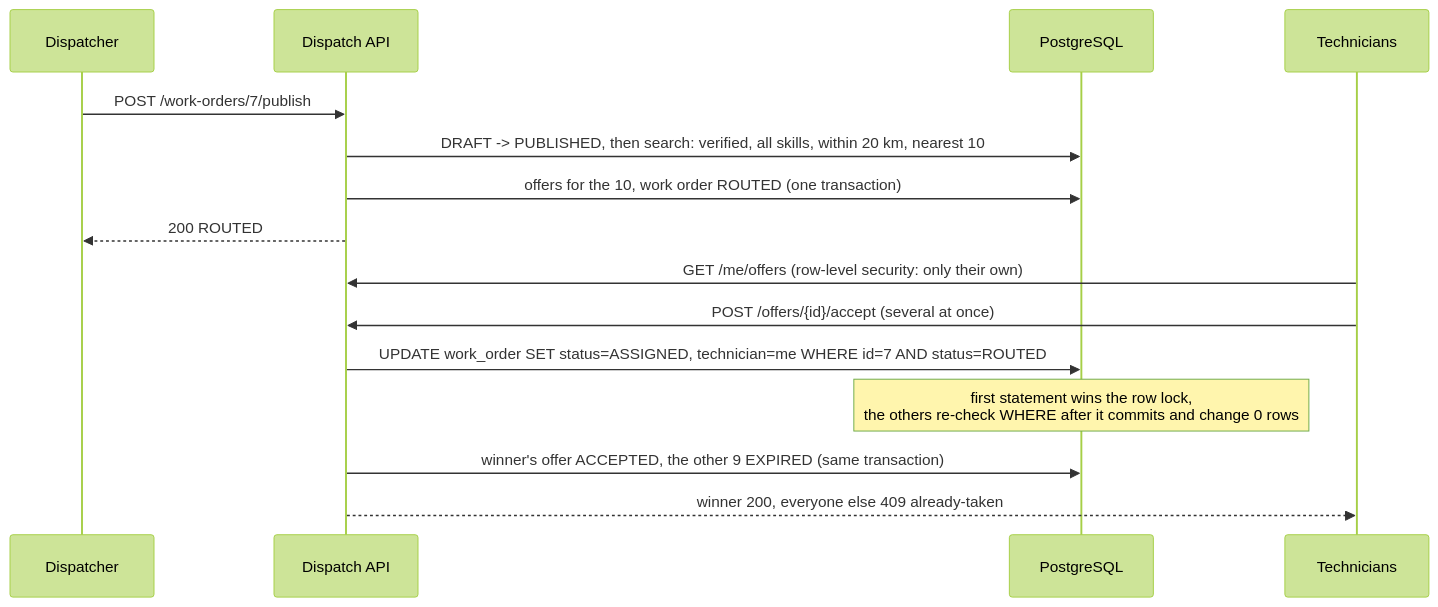
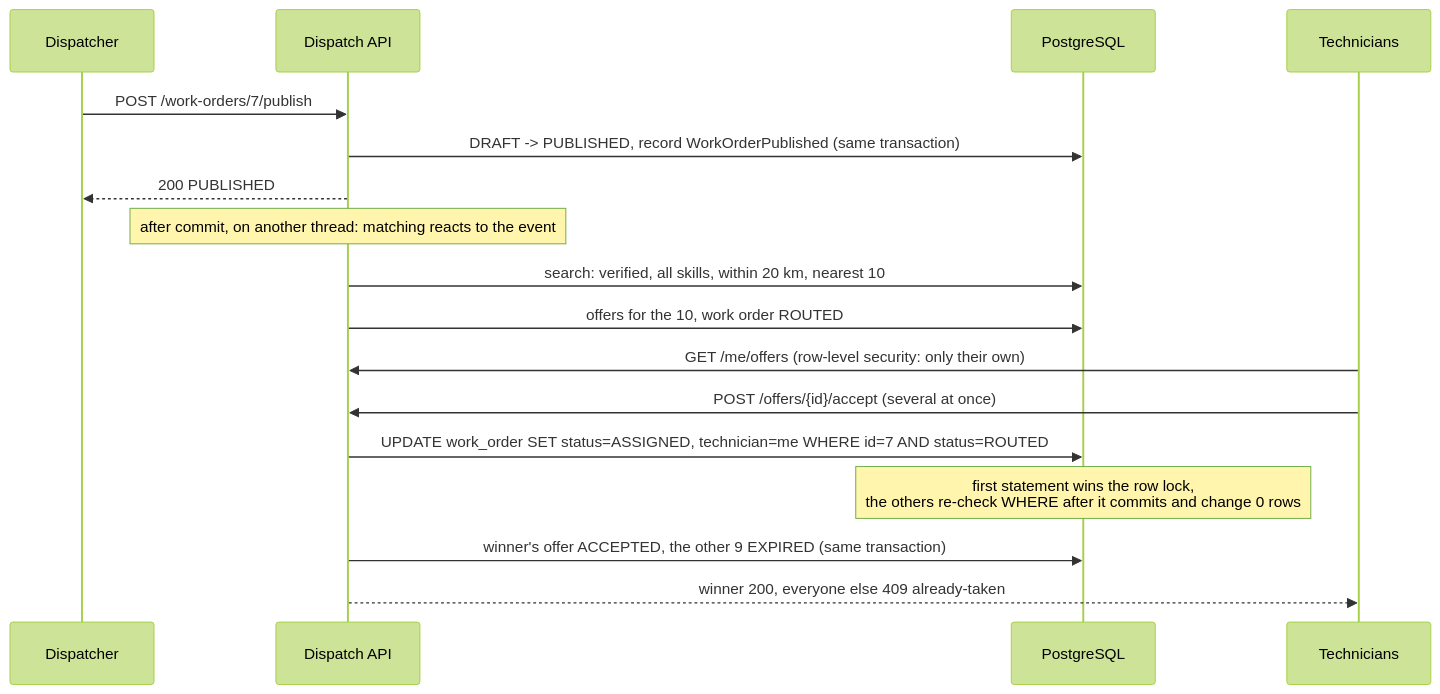
The third of 3 diagrams in README.md (md-rashed-zaman/dispatch-platform), drawn with Mermaid (forest theme) before and after one commit. The commit also changed other lines of this file and 23 other files, not shown here.

First line of the commit message:
feat: route work orders and notify technicians through after-commit domain events

````diff
--- a/README.md
+++ b/README.md
@@ -62,17 +62,19 @@
 ```mermaid
 sequenceDiagram
   participant D as Dispatcher
   participant API as Dispatch API
   participant DB as PostgreSQL
   participant T as Technicians
   D->>API: POST /work-orders/7/publish
-  API->>DB: DRAFT -> PUBLISHED, then search: verified, all skills, within 20 km, nearest 10
-  API->>DB: offers for the 10, work order ROUTED (one transaction)
-  API-->>D: 200 ROUTED
+  API->>DB: DRAFT -> PUBLISHED, record WorkOrderPublished (same transaction)
+  API-->>D: 200 PUBLISHED
+  Note over API: after commit, on another thread: matching reacts to the event
+  API->>DB: search: verified, all skills, within 20 km, nearest 10
+  API->>DB: offers for the 10, work order ROUTED
   T->>API: GET /me/offers (row-level security: only their own)
   T->>API: POST /offers/{id}/accept (several at once)
   API->>DB: UPDATE work_order SET status=ASSIGNED, technician=me WHERE id=7 AND status=ROUTED
   Note over DB: first statement wins the row lock,<br/>the others re-check WHERE after it commits and change 0 rows
   API->>DB: winner's offer ACCEPTED, the other 9 EXPIRED (same transaction)
   API-->>T: winner 200, everyone else 409 already-taken
 ```
````
